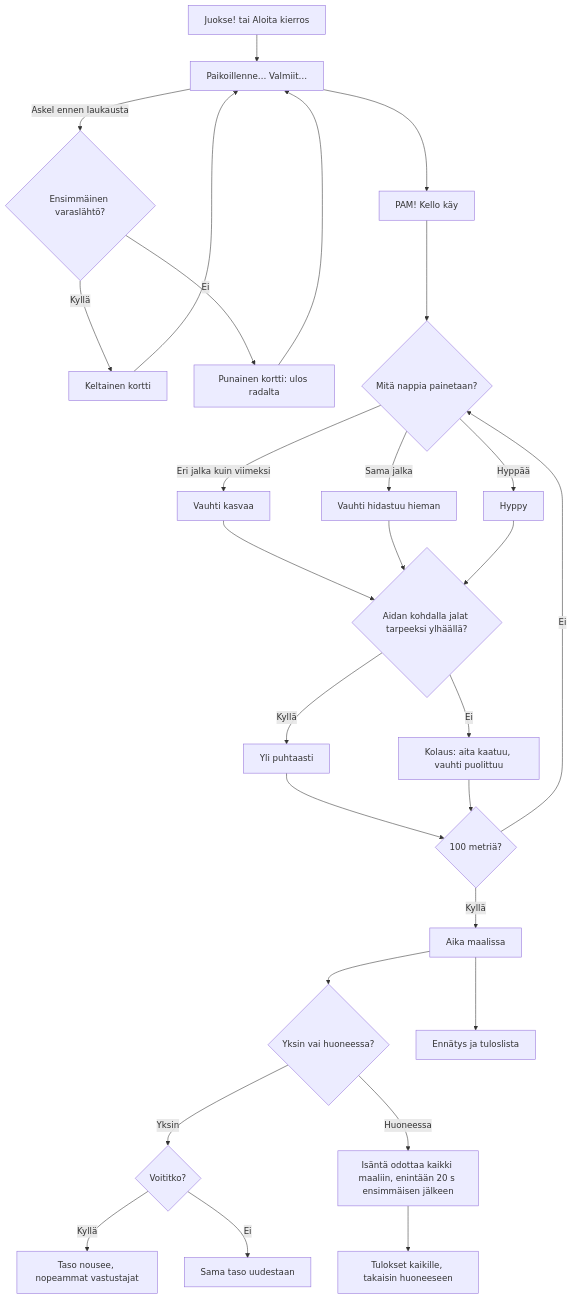
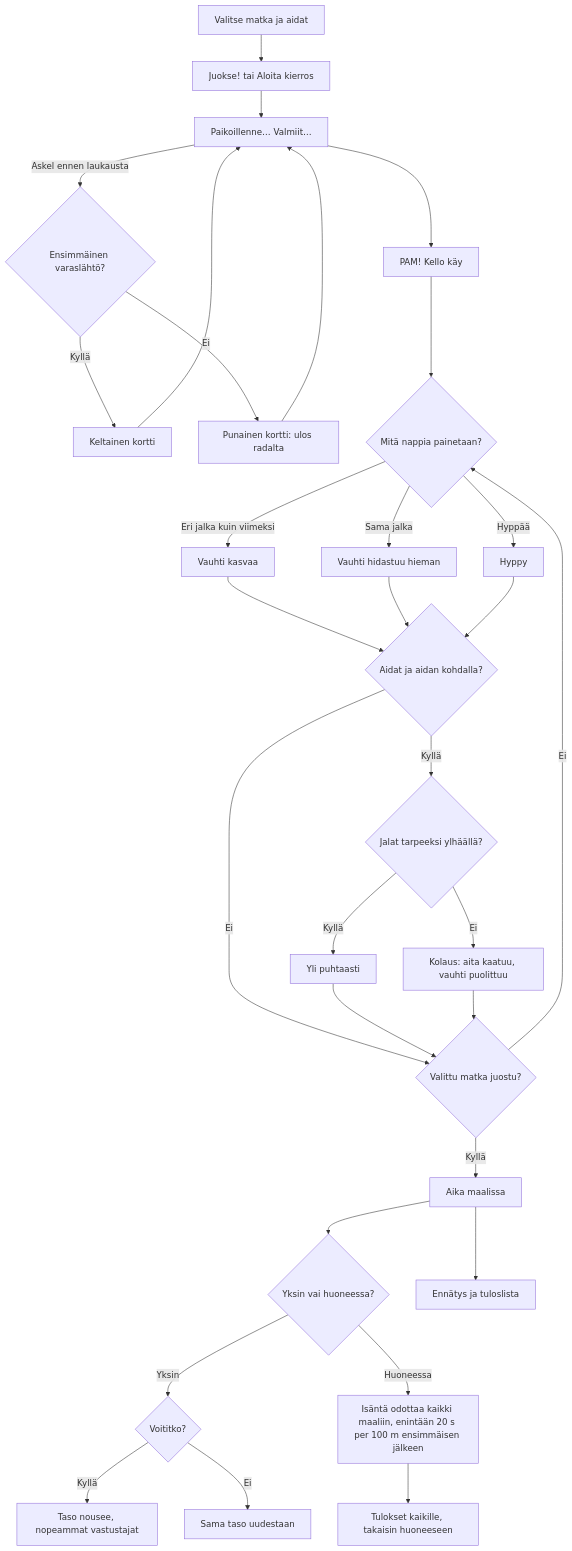
One commit to eerovil/ai-pelit changed the diagram in docs/diagrams/aitajuoksu.md. Above: the diagram before and after it, drawn with Mermaid. The commit also changed other lines of this file and 7 other files, not shown here.

````diff
--- a/docs/diagrams/aitajuoksu.md
+++ b/docs/diagrams/aitajuoksu.md
@@ -10,36 +11,39 @@
 ```mermaid
 flowchart TD
-  A[Juokse! tai Aloita kierros] --> B[Paikoillenne… Valmiit…]
+  V[Valitse matka ja aidat] --> A[Juokse! tai Aloita kierros]
+  A --> B[Paikoillenne… Valmiit…]
   B --> C[PAM! Kello käy]
   B -- Askel ennen laukausta --> FS{Ensimmäinen varaslähtö?}
   FS -- Kyllä --> YC[Keltainen kortti]
   FS -- Ei --> RC[Punainen kortti: ulos radalta]
   YC --> B
   RC --> B
   C --> D{Mitä nappia painetaan?}
   D -- Eri jalka kuin viimeksi --> E[Vauhti kasvaa]
   D -- Sama jalka --> F[Vauhti hidastuu hieman]
   D -- Hyppää --> G[Hyppy]
-  E --> H{Aidan kohdalla jalat tarpeeksi ylhäällä?}
-  F --> H
-  G --> H
+  E --> HA{Aidat ja aidan kohdalla?}
+  F --> HA
+  G --> HA
+  HA -- Ei --> K{Valittu matka juostu?}
+  HA -- Kyllä --> H{Jalat tarpeeksi ylhäällä?}
   H -- Kyllä --> I[Yli puhtaasti]
   H -- Ei --> J[Kolaus: aita kaatuu, vauhti puolittuu]
-  I --> K{100 metriä?}
+  I --> K
   J --> K
   K -- Ei --> D
   K -- Kyllä --> L[Aika maalissa]
   L --> M{Yksin vai huoneessa?}
   M -- Yksin --> N{Voititko?}
   N -- Kyllä --> O[Taso nousee, nopeammat vastustajat]
   N -- Ei --> P[Sama taso uudestaan]
-  M -- Huoneessa --> Q[Isäntä odottaa kaikki maaliin, enintään 20 s ensimmäisen jälkeen]
+  M -- Huoneessa --> Q[Isäntä odottaa kaikki maaliin, enintään 20 s per 100 m ensimmäisen jälkeen]
   Q --> R[Tulokset kaikille, takaisin huoneeseen]
   L --> S[Ennätys ja tuloslista]
-  class A,B,C,D blue
-  class H,K,M,N,FS,YC amber
+  class V,A,B,C,D blue
+  class HA,H,K,M,N,FS,YC amber
   class E,F,G,I teal
   class Q,R violet
   class L,O,S green
   class J,P,RC rose
 ```
````
